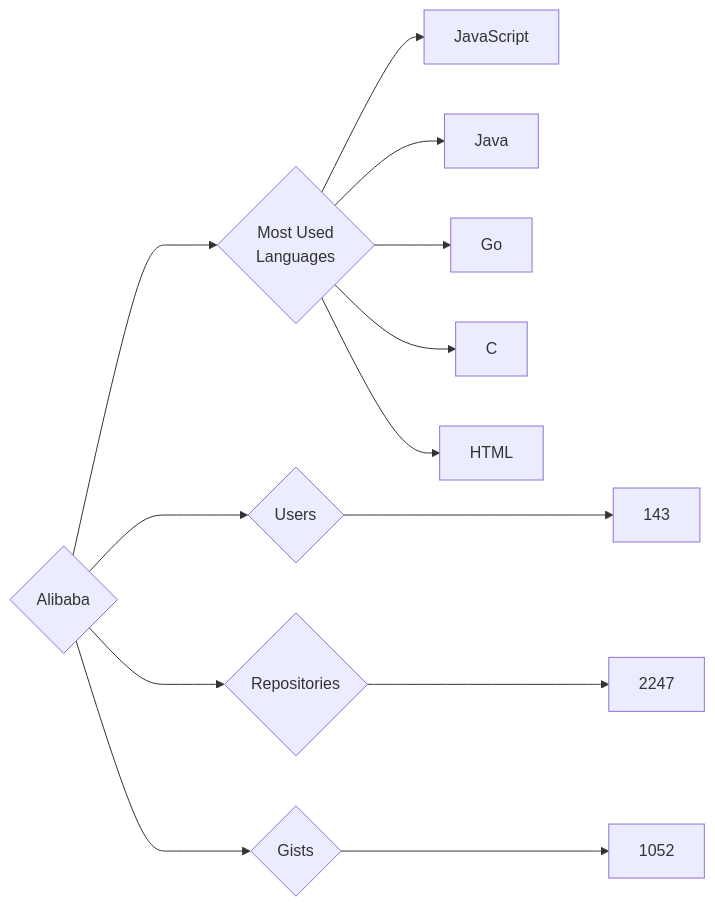
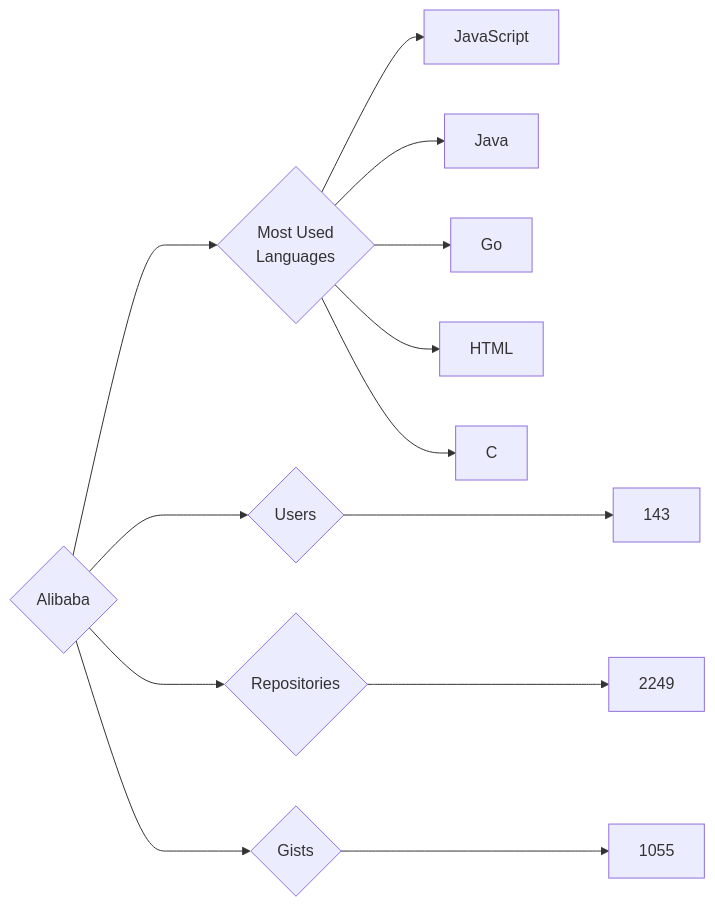
One commit to trickest/insiders changed the diagram in targets/Alibaba/README.md. Above: the diagram before and after it, drawn with Mermaid. The commit also changed 932 other files, not shown here.

````diff
--- a/targets/Alibaba/README.md
+++ b/targets/Alibaba/README.md
@@ -3,13 +3,13 @@
 ```mermaid
 graph LR
 COMPANY_NAME{Alibaba}
 COMPANY_NAME ---> U{Users} ---> UN[143]
-COMPANY_NAME ---> R{Repositories} ---> RN[2247]
-COMPANY_NAME ---> G{Gists} ---> GN[1052]
+COMPANY_NAME ---> R{Repositories} ---> RN[2249]
+COMPANY_NAME ---> G{Gists} ---> GN[1055]
 COMPANY_NAME ---> ML{Most Used<br>Languages}
 ML --> JavaScript[JavaScript]
 ML --> Java[Java]
 ML --> Go[Go]
+ML --> HTML[HTML]
 ML --> C[C]
-ML --> HTML[HTML]
 ```
````
